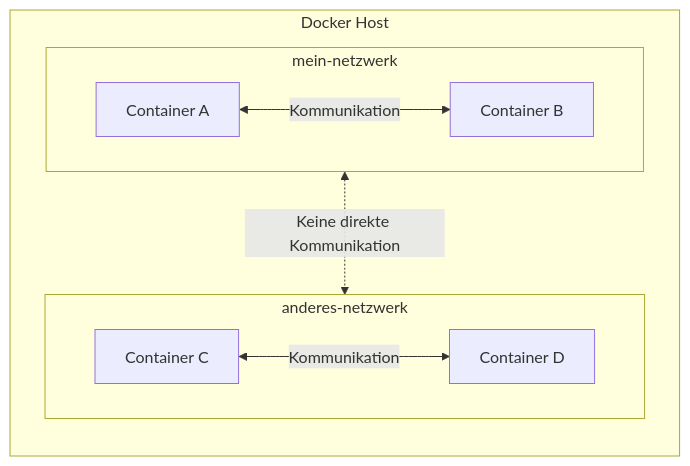
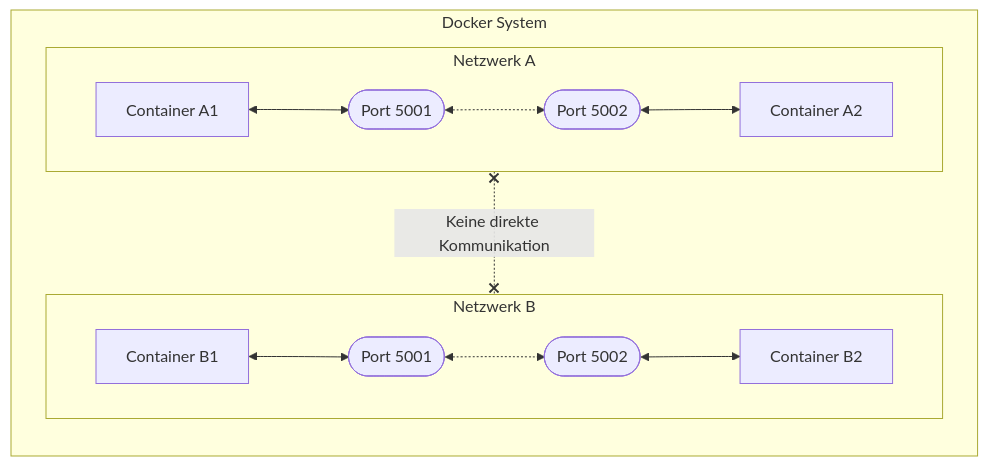
Before and after one commit to kevinsuelzle/Python_Wiki: the second of 3 diagrams in docs/lehrplan/docker/kommunikation_zwischen_und_mit_docker_containern.md, drawn with Mermaid. The commit also changed other lines of this file and 1 other file, not shown here.

Commit message:
Kommunikation und Netzwerke verbessert

````diff
--- a/docs/lehrplan/docker/kommunikation_zwischen_und_mit_docker_containern.md
+++ b/docs/lehrplan/docker/kommunikation_zwischen_und_mit_docker_containern.md
@@ -220,18 +134,14 @@
 ```mermaid
 graph LR
-    subgraph Docker Host
-        subgraph Netzwerk_A [mein-netzwerk]
-            A[Container A]
-            B[Container B]
+    subgraph Docker System
+        subgraph Netzwerk_A [Netzwerk A]
+            A[Container A1] <--> PA([Port 5001]) <-.-> PB([Port 5002])  <--> B[Container A2]
         end
-        subgraph Netzwerk_B [anderes-netzwerk]
-            C[Container C]
-            D[Container D]
+        subgraph Netzwerk_B [Netzwerk B]
+            C[Container B1] <--> PC([Port 5001]) <-.-> PD([Port 5002])  <--> D[Container B2]
         end
     end
 
-    A <-- Kommunikation --> B
-    C <-- Kommunikation --> D
-    Netzwerk_A <-. Keine direkte Kommunikation .-> Netzwerk_B
+    Netzwerk_A x-. Keine direkte Kommunikation .-x Netzwerk_B
 
 ```
````
